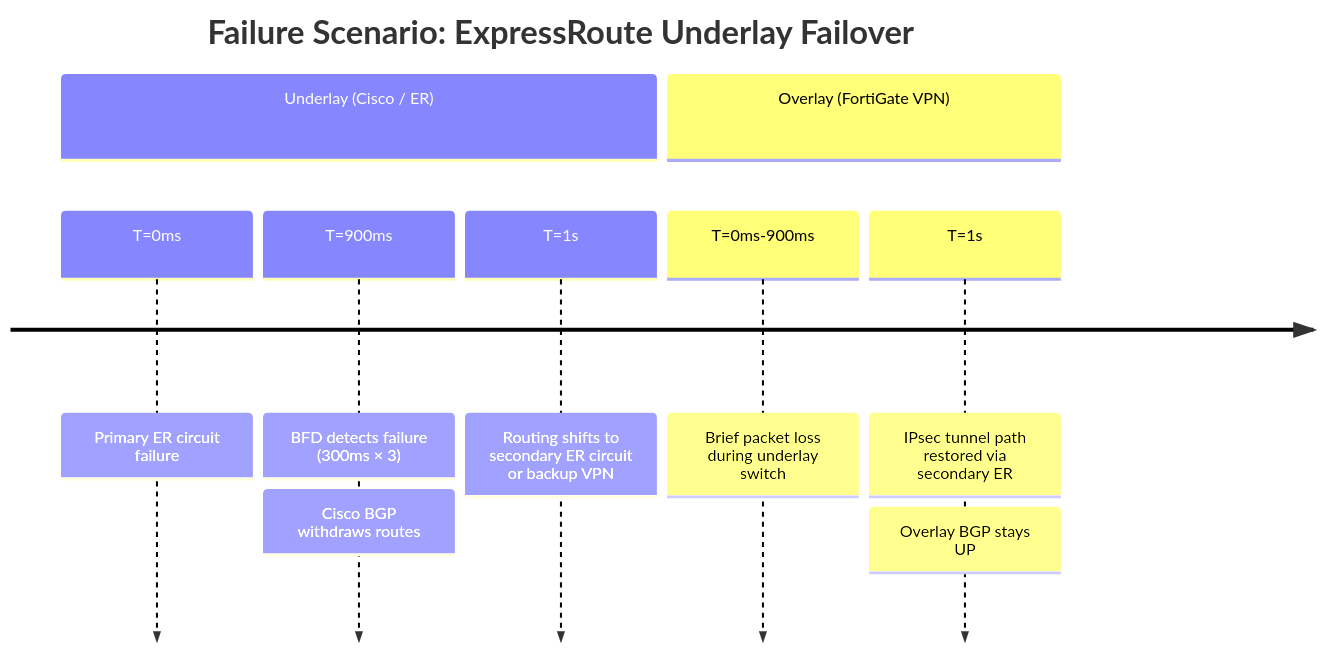
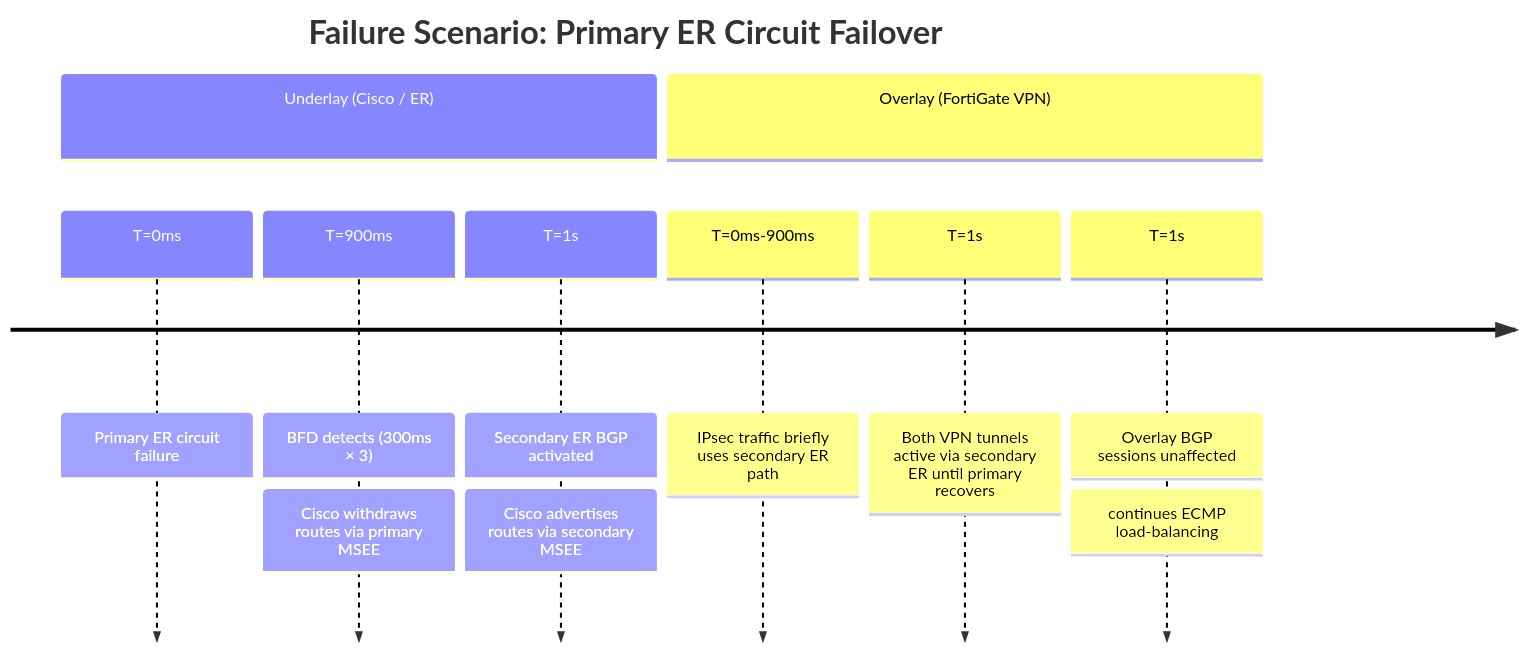
Before and after one commit to neil-booker-cko/docs: the third of 4 diagrams in docs/azure/bgp_stack_vpn_over_expressroute.md, drawn with Mermaid. The commit also changed other lines of this file and 130 other files, not shown here.

````diff
--- a/docs/azure/bgp_stack_vpn_over_expressroute.md
+++ b/docs/azure/bgp_stack_vpn_over_expressroute.md
@@ -87,11 +128,13 @@
 ```mermaid
+
 timeline
-    title Failure Scenario: ExpressRoute Underlay Failover
+    title Failure Scenario: Primary ER Circuit Failover
     section Underlay (Cisco / ER)
         T=0ms : Primary ER circuit failure
-        T=900ms : BFD detects failure (300ms × 3) : Cisco BGP withdraws routes
-        T=1s : Routing shifts to secondary ER circuit or backup VPN
+        T=900ms : BFD detects (300ms × 3) : Cisco withdraws routes via primary MSEE
+        T=1s : Secondary ER BGP activated : Cisco advertises routes via secondary MSEE
     section Overlay (FortiGate VPN)
-        T=0ms-900ms : Brief packet loss during underlay switch
-        T=1s : IPsec tunnel path restored via secondary ER : Overlay BGP stays UP
+        T=0ms-900ms : IPsec traffic briefly uses secondary ER path
+        T=1s : Both VPN tunnels active via secondary ER until primary recovers
+        T=1s : Overlay BGP sessions unaffected : continues ECMP load-balancing
 ```
````
